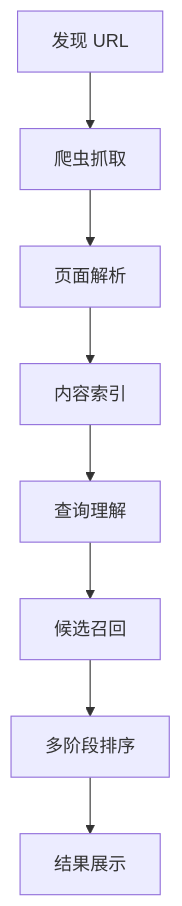
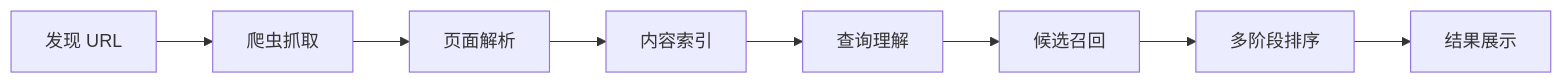
Before and after one commit to cary-xgl/blog: the diagram in content/tech/搜索引擎的实现原理.md, drawn with Mermaid. The commit also changed other lines of this file, not shown here.

````diff
--- a/content/tech/搜索引擎的实现原理.md
+++ b/content/tech/搜索引擎的实现原理.md
@@ -18,10 +18,10 @@
-```mermaid
-flowchart TD
+<pre class="mermaid">
+flowchart LR
   A[发现 URL] --> B[爬虫抓取]
   B --> C[页面解析]
   C --> D[内容索引]
   D --> E[查询理解]
   E --> F[候选召回]
   F --> G[多阶段排序]
   G --> H[结果展示]
-```
+</pre>
````
